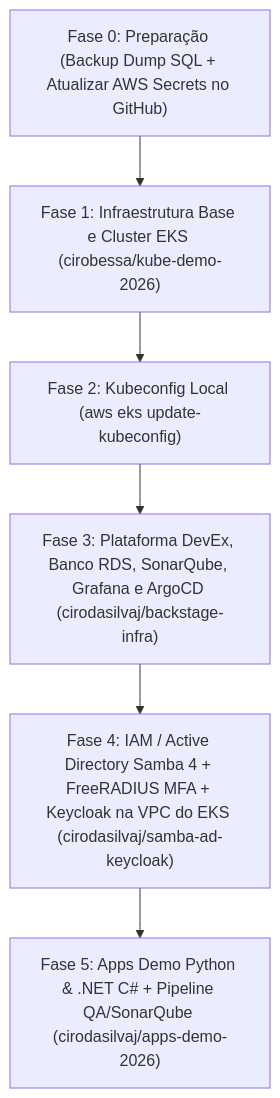
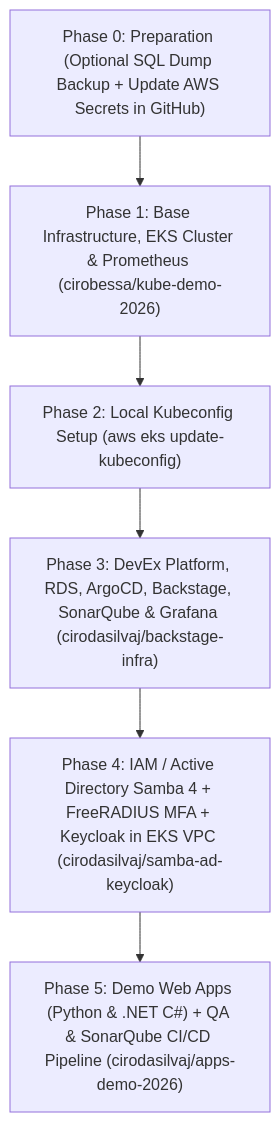
One commit to cirodasilvaj/backstage-infra changed the diagram in DEPLOY-ORDER-RUNBOOK.md. Above: the diagram before and after it, drawn with Mermaid. The commit also changed other lines of this file and 4 other files, not shown here.

````diff
--- a/DEPLOY-ORDER-RUNBOOK.md
+++ b/DEPLOY-ORDER-RUNBOOK.md
@@ -9,9 +9,9 @@
 ```mermaid
 flowchart TD
-    S0["Fase 0: Preparação (Backup Dump SQL + Atualizar AWS Secrets no GitHub)"] --> S1
-    S1["Fase 1: Infraestrutura Base e Cluster EKS (cirobessa/kube-demo-2026)"] --> S2
-    S2["Fase 2: Kubeconfig Local (aws eks update-kubeconfig)"] --> S3
-    S3["Fase 3: Plataforma DevEx, Banco RDS, SonarQube, Grafana e ArgoCD (cirodasilvaj/backstage-infra)"] --> S4
-    S4["Fase 4: IAM / Active Directory Samba 4 + FreeRADIUS MFA + Keycloak na VPC do EKS (cirodasilvaj/samba-ad-keycloak)"] --> S5
-    S5["Fase 5: Apps Demo Python & .NET C# + Pipeline QA/SonarQube (cirodasilvaj/apps-demo-2026)"]
+    S0["Phase 0: Preparation (Optional SQL Dump Backup + Update AWS Secrets in GitHub)"] --> S1
+    S1["Phase 1: Base Infrastructure, EKS Cluster & Prometheus (cirobessa/kube-demo-2026)"] --> S2
+    S2["Phase 2: Local Kubeconfig Setup (aws eks update-kubeconfig)"] --> S3
+    S3["Phase 3: DevEx Platform, RDS, ArgoCD, Backstage, SonarQube & Grafana (cirodasilvaj/backstage-infra)"] --> S4
+    S4["Phase 4: IAM / Active Directory Samba 4 + FreeRADIUS MFA + Keycloak in EKS VPC (cirodasilvaj/samba-ad-keycloak)"] --> S5
+    S5["Phase 5: Demo Web Apps (Python & .NET C#) + QA & SonarQube CI/CD Pipeline (cirodasilvaj/apps-demo-2026)"]
 ```
````
